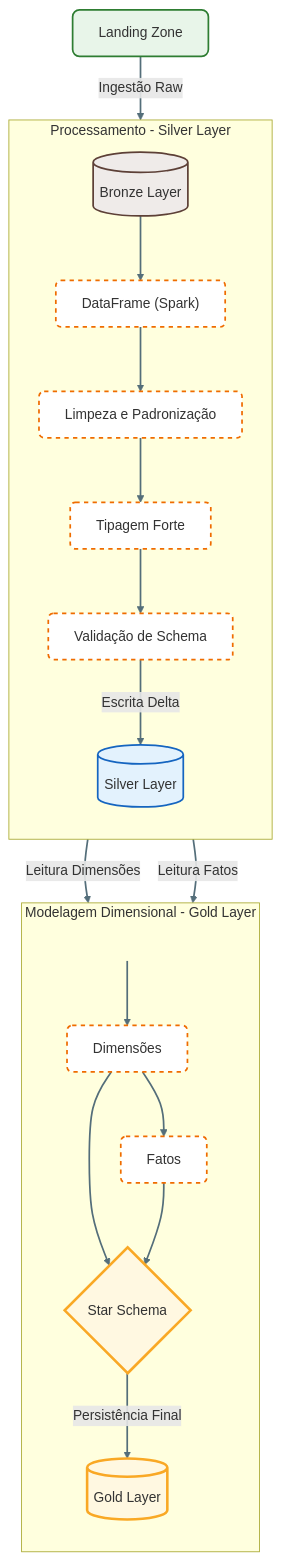
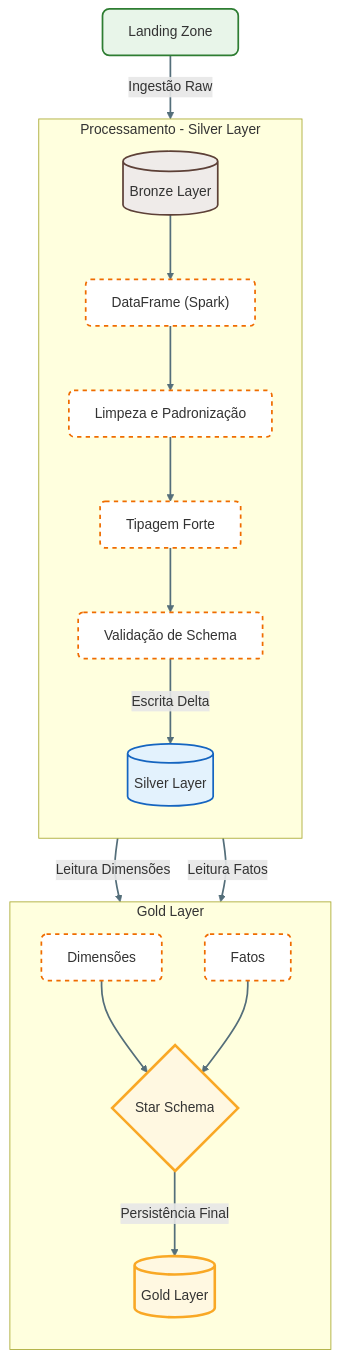
The second of 2 diagrams in docs/manual/04_arquitetura_detalhada.md (devdiasbr/databricks-challenge), drawn with Mermaid before and after one commit.

Commit message:
docs: atualizacao manual diagrama arquitetura gold layer

````diff
--- a/docs/manual/04_arquitetura_detalhada.md
+++ b/docs/manual/04_arquitetura_detalhada.md
@@ -116,53 +116,47 @@
 ```mermaid
 flowchart TD
     %% =========================
     %% DEFINIÇÃO DE ESTILOS
     %% =========================
     classDef landing fill:#e8f5e9,stroke:#2e7d32,stroke-width:2px,rx:8,ry:8;
     classDef bronze fill:#efebe9,stroke:#5d4037,stroke-width:2px,rx:6,ry:6;
     classDef silver fill:#e3f2fd,stroke:#1565c0,stroke-width:2px,rx:6,ry:6;
     classDef gold fill:#fff8e1,stroke:#f9a825,stroke-width:3px,rx:10,ry:10;
     classDef process fill:#ffffff,stroke:#ef6c00,stroke-width:2px,stroke-dasharray: 5 5,rx:6,ry:6;
-    classDef spacer fill:transparent,stroke:transparent;
 
     %% =========================
     %% LANDING / BRONZE
     %% =========================
     LZ[Landing Zone]:::landing -->|Ingestão Raw| BR[(Bronze Layer)]:::bronze
 
     %% =========================
     %% SILVER
     %% =========================
     subgraph SILVER [Processamento - Silver Layer]
+
         direction TB
         BR --> DF["DataFrame (Spark)"]:::process
         DF --> CLEAN[Limpeza e Padronização]:::process
         CLEAN --> TYPE[Tipagem Forte]:::process
         TYPE --> VALID[Validação de Schema]:::process
         VALID -->|Escrita Delta| SL[(Silver Layer)]:::silver
     end
 
     %% =========================
     %% GOLD
     %% =========================
-    subgraph GOLD [Modelagem Dimensional - Gold Layer]
+    subgraph GOLD [Gold Layer]
+    
         direction TB
-
-        SPACE1[ ]:::spacer
-
-        SPACE1 --> DIMS
-        DIMS --> FACT
-
         SL -->|Leitura Dimensões| DIMS[Dimensões]:::process
         SL -->|Leitura Fatos| FACT[Fatos]:::process
-
         DIMS --> STAR{Star Schema}:::gold
         FACT --> STAR
         STAR -->|Persistência Final| GL[(Gold Layer)]:::gold
     end
 
     %% =========================
     %% ESTILO DAS CONEXÕES
     %% =========================
     linkStyle default stroke:#546e7a,stroke-width:2px;
 ```
````
